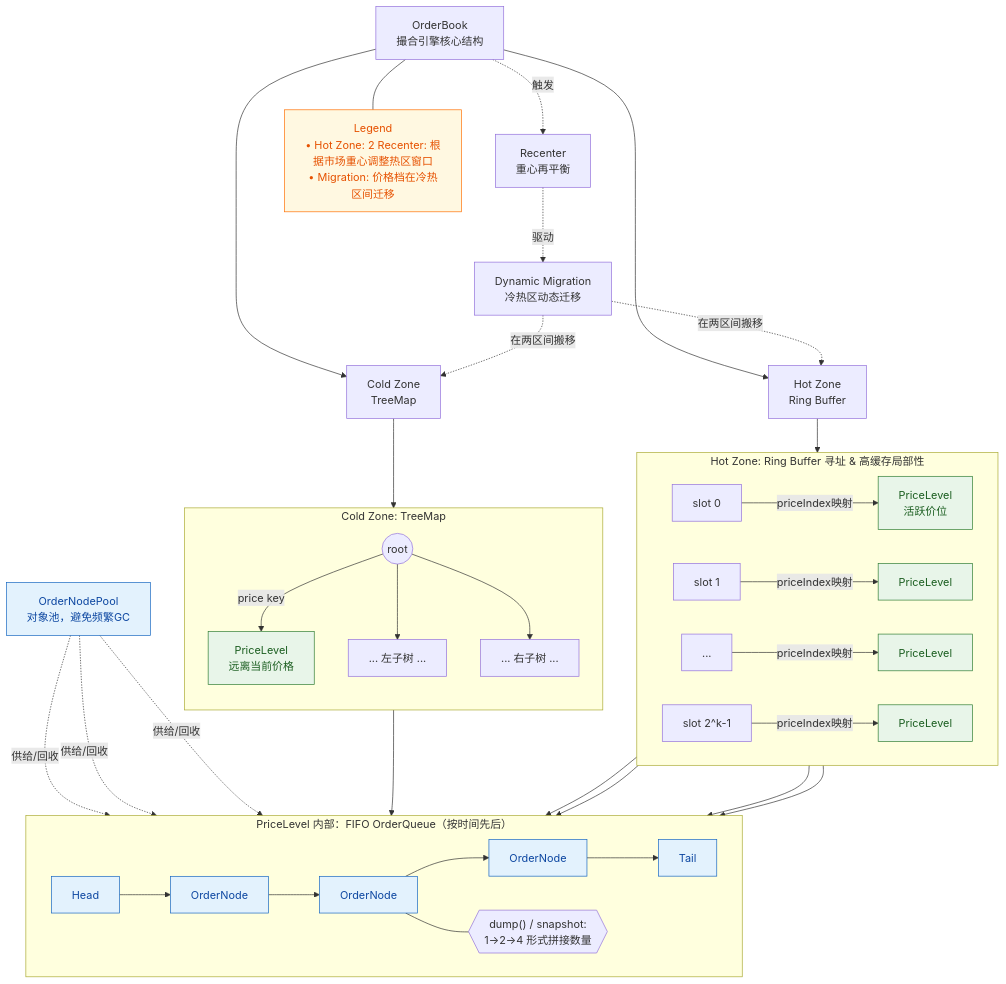
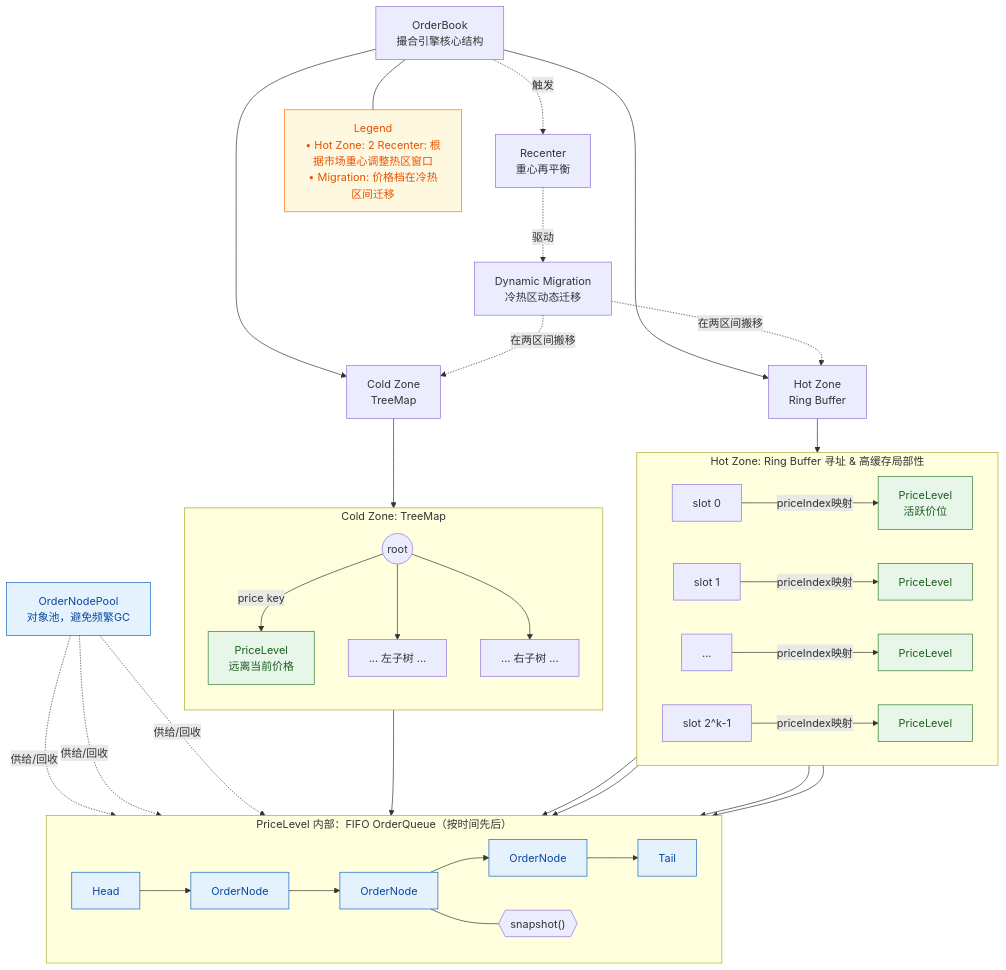
One commit to foreverchens/match-engine changed the first of 4 diagrams in README.md. Above: the diagram before and after it, drawn with Mermaid. The commit also changed other lines of this file and 3 other files, not shown here.

````diff
--- a/README.md
+++ b/README.md
@@ -27,8 +26,6 @@
 ```mermaid
 graph TD
-  %% =============================
   %% OrderBook Topology
-  %% =============================
   OB[OrderBook\n撮合引擎核心结构]
   HZ[Hot Zone\nRing Buffer]
   CZ[Cold Zone\nTreeMap]
@@ -42,9 +39,6 @@
   MIGRATE -.在两区间搬移.-> HZ
   MIGRATE -.在两区间搬移.-> CZ
 
-  %% =============================
-  %% Hot Zone: Ring Buffer Layout
-  %% =============================
   subgraph HOT[Hot Zone: Ring Buffer  寻址 & 高缓存局部性]
     direction LR
     RB0[slot 0]
@@ -57,12 +51,8 @@
     RB2 -->|priceIndex映射| PL2[PriceLevel]
     RBn -->|priceIndex映射| PLn[PriceLevel]
   end
-
   HZ --> HOT
 
-  %% =============================
-  %% Cold Zone: TreeMap Layout
-  %% =============================
   subgraph COLD[Cold Zone: TreeMap ]
     direction TB
     TMROOT((root))
@@ -72,21 +62,16 @@
     TMROOT --> TML
     TMROOT --> TMR
   end
-
   CZ --> COLD
 
-  %% =============================
-  %% PriceLevel & OrderQueue
-  %% =============================
   classDef level fill:#e8f5e9,stroke:#2e7d32,stroke-width:1px,color:#1b5e20;
   classDef queue fill:#e3f2fd,stroke:#1565c0,stroke-width:1px,color:#0d47a1;
-
   class PL0,PL1,PL2,PLn,CPL level
 
   subgraph LEVEL[PriceLevel 内部：FIFO OrderQueue（按时间先后）]
     direction LR
     QH[Head]:::queue --> Q1[OrderNode]:::queue --> Q2[OrderNode]:::queue --> Q3[OrderNode]:::queue --> QT[Tail]:::queue
-    note1{{"dump() / snapshot:\n1->2->4 形式拼接数量"}}
+    note1{{"snapshot()"}}
     Q2 --- note1
   end
 
@@ -96,19 +81,12 @@
   PLn --> LEVEL
   CPL --> LEVEL
 
-  %% =============================
-  %% Memory / Pooling
-  %% =============================
   POOL[OrderNodePool \n对象池，避免频繁GC]:::queue
   POOL -.供给/回收.-> Q1
   POOL -.供给/回收.-> Q2
   POOL -.供给/回收.-> Q3
 
-  %% =============================
-  %% Legend
-  %% =============================
   classDef meta fill:#fff8e1,stroke:#ff6f00,color:#e65100,stroke-width:1px;
   LEGEND[Legend\n• Hot Zone: 2 Recenter: 根据市场重心调整热区窗口\n• Migration: 价格档在冷热区间迁移]:::meta
   OB --- LEGEND
-
 ```
````
